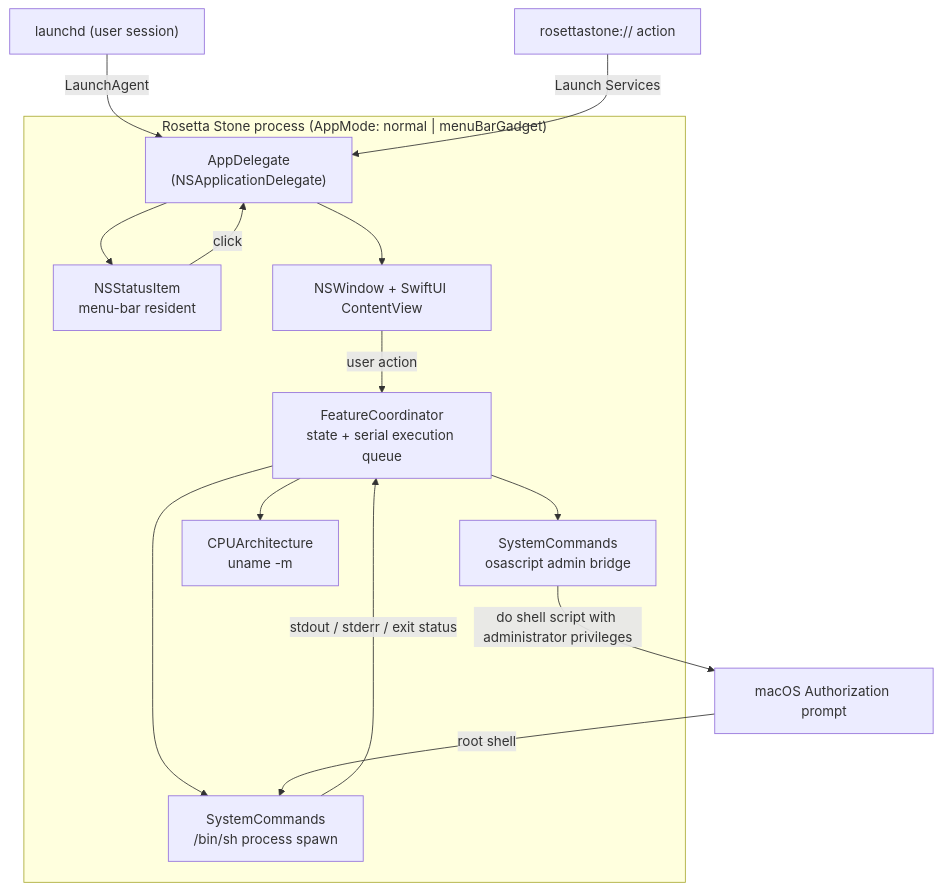
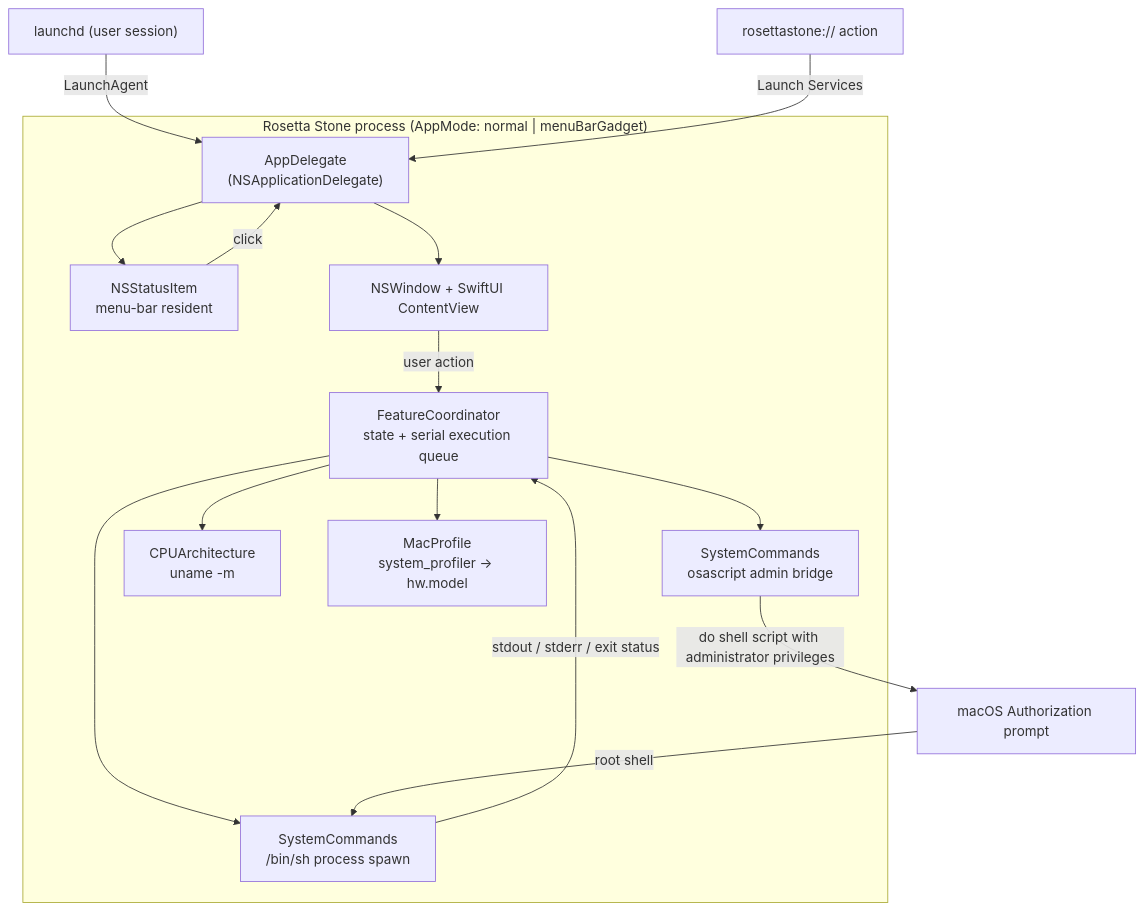
The first of 8 diagrams in docs/ARCHITECTURE.md (pppoipoit/Rosetta_Stone), drawn with Mermaid before and after one commit. The commit also changed other lines of this file and 12 other files, not shown here.

````diff
--- a/docs/ARCHITECTURE.md
+++ b/docs/ARCHITECTURE.md
@@ -65,26 +65,28 @@
 ```mermaid
 graph TB
     subgraph Process["Rosetta Stone process (AppMode: normal | menuBarGadget)"]
         App["AppDelegate<br/>(NSApplicationDelegate)"]
         Status["NSStatusItem<br/>menu-bar resident"]
         Win["NSWindow + SwiftUI ContentView"]
         Coord["FeatureCoordinator<br/>state + serial execution queue"]
         Priv["SystemCommands<br/>osascript admin bridge"]
         Runner["SystemCommands<br/>/bin/sh process spawn"]
         CPU["CPUArchitecture<br/>uname -m"]
+        Profile["MacProfile<br/>system_profiler → hw.model"]
 
         App --> Status
         App --> Win
         Status -->|click| App
         Win -->|user action| Coord
         Coord --> Priv
         Coord --> Runner
         Coord --> CPU
+        Coord --> Profile
     end
 
     Login["launchd (user session)"] -->|LaunchAgent| App
     URL["rosettastone:// action"] -->|Launch Services| App
     Priv -->|do shell script with administrator privileges| Auth["macOS Authorization prompt"]
     Auth -->|root shell| Runner
     Runner -->|stdout / stderr / exit status| Coord
 ```
````
